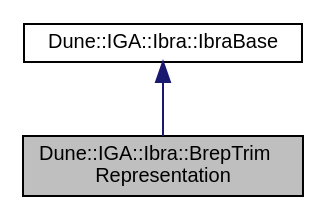
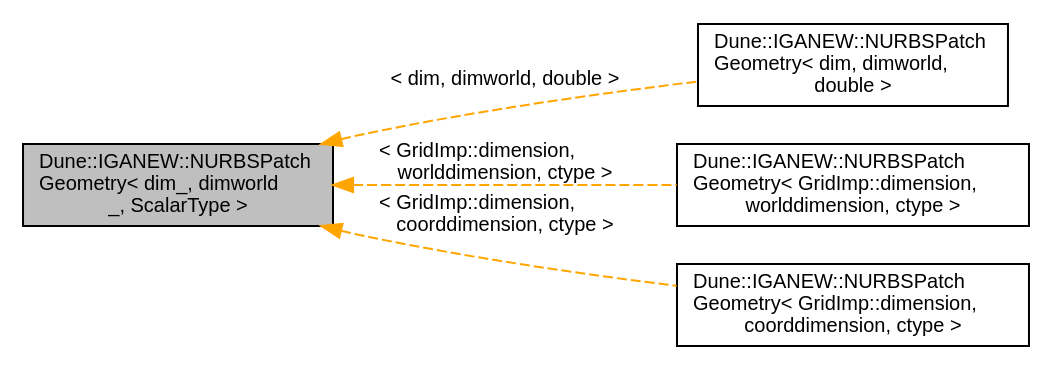
One commit to rath3t/dune-iga-doc changed the diagram in db/d32/a01122.dot. Above: the diagram before and after it, drawn with Graphviz. The commit also changed 946 other files, not shown here.

Commit message:
deploy: rath3t/dune-iga@1129f046371dfd55370a9dcff02a6aba99e36e4c

```diff
--- a/db/d32/a01122.dot
+++ b/db/d32/a01122.dot
@@ -1,9 +1,14 @@
-digraph "Dune::IGA::Ibra::BrepTrimRepresentation"
+digraph "Dune::IGANEW::NURBSPatchGeometry&lt; dim_, dimworld_, ScalarType &gt;"
 {
  // LATEX_PDF_SIZE
   edge [fontname="Helvetica",fontsize="10",labelfontname="Helvetica",labelfontsize="10"];
   node [fontname="Helvetica",fontsize="10",shape=record];
-  Node1 [label="Dune::IGA::Ibra::BrepTrim\lRepresentation",height=0.2,width=0.4,color="black", fillcolor="grey75", style="filled", fontcolor="black",tooltip=" "];
-  Node2 -> Node1 [dir="back",color="midnightblue",fontsize="10",style="solid",fontname="Helvetica"];
-  Node2 [label="Dune::IGA::Ibra::IbraBase",height=0.2,width=0.4,color="black", fillcolor="white", style="filled",URL="$df/dd5/a01115.html",tooltip=" "];
+  rankdir="LR";
+  Node1 [label="Dune::IGANEW::NURBSPatch\lGeometry\< dim_, dimworld\l_, ScalarType \>",height=0.2,width=0.4,color="black", fillcolor="grey75", style="filled", fontcolor="black",tooltip=" "];
+  Node1 -> Node2 [dir="back",color="orange",fontsize="10",style="dashed",label=" \< dim, dimworld, double \>" ,fontname="Helvetica"];
+  Node2 [label="Dune::IGANEW::NURBSPatch\lGeometry\< dim, dimworld,\l double \>",height=0.2,width=0.4,color="black", fillcolor="white", style="filled",URL="$de/de5/a01123.html",tooltip=" "];
+  Node1 -> Node3 [dir="back",color="orange",fontsize="10",style="dashed",label=" \< GridImp::dimension,\l worlddimension, ctype \>" ,fontname="Helvetica"];
+  Node3 [label="Dune::IGANEW::NURBSPatch\lGeometry\< GridImp::dimension,\l worlddimension, ctype \>",height=0.2,width=0.4,color="black", fillcolor="white", style="filled",URL="$de/de5/a01123.html",tooltip=" "];
+  Node1 -> Node4 [dir="back",color="orange",fontsize="10",style="dashed",label=" \< GridImp::dimension,\l coorddimension, ctype \>" ,fontname="Helvetica"];
+  Node4 [label="Dune::IGANEW::NURBSPatch\lGeometry\< GridImp::dimension,\l coorddimension, ctype \>",height=0.2,width=0.4,color="black", fillcolor="white", style="filled",URL="$de/de5/a01123.html",tooltip=" "];
 }
```
